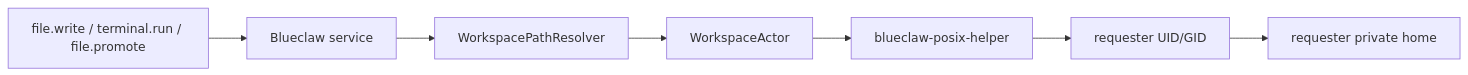
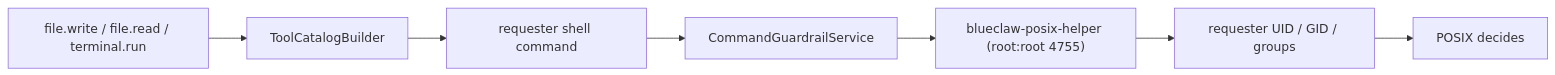
One commit to Dawn-kim-official/blueclaw changed the first of 2 diagrams in docs/architecture.md. Above: the diagram before and after it, drawn with Mermaid. The commit also changed other lines of this file and 2 other files, not shown here.

First line of the commit message:
docs: Correct the architecture document against the current runtime

````diff
--- a/docs/architecture.md
+++ b/docs/architecture.md
@@ -157,9 +183,9 @@
 ```mermaid
 flowchart LR
-  Tool["file.write / terminal.run / file.promote"] --> Service["Blueclaw service"]
-  Service --> Resolver["WorkspacePathResolver"]
-  Resolver --> Actor["WorkspaceActor"]
-  Actor --> Helper["blueclaw-posix-helper"]
-  Helper --> Requester["requester UID/GID"]
-  Requester --> Workspace["requester private home"]
+  Tool["file.write / file.read / terminal.run"] --> Catalog["ToolCatalogBuilder"]
+  Catalog --> Shell["requester shell command"]
+  Shell --> Guardrail["CommandGuardrailService"]
+  Guardrail --> Helper["blueclaw-posix-helper (root:root 4755)"]
+  Helper --> Requester["requester UID / GID / groups"]
+  Requester --> POSIX["POSIX decides"]
 ```
````
